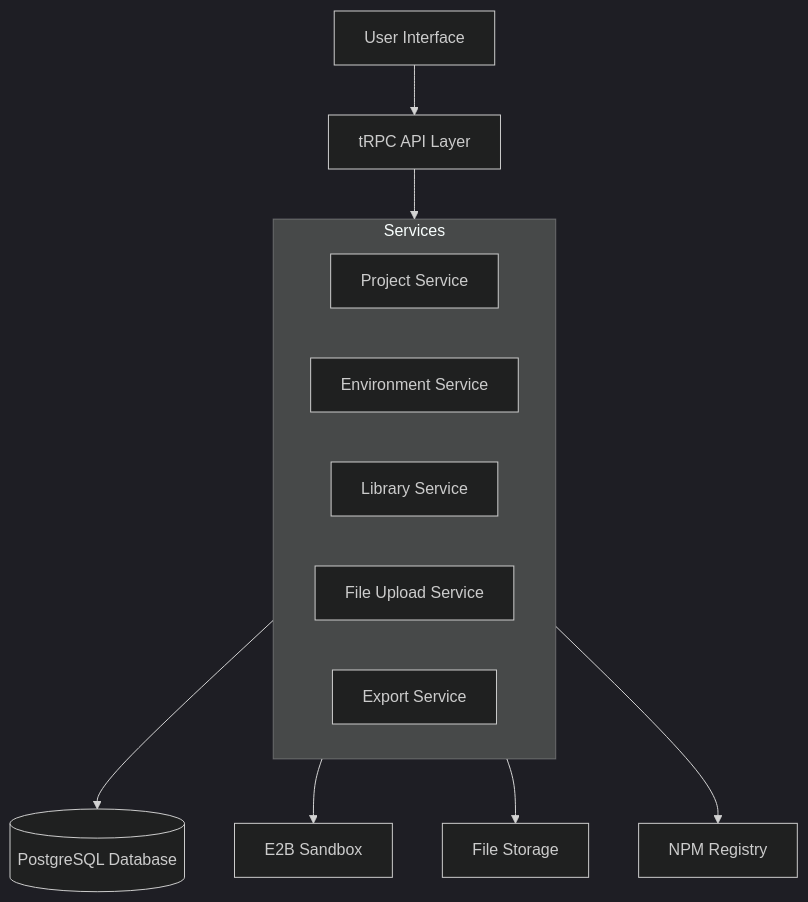
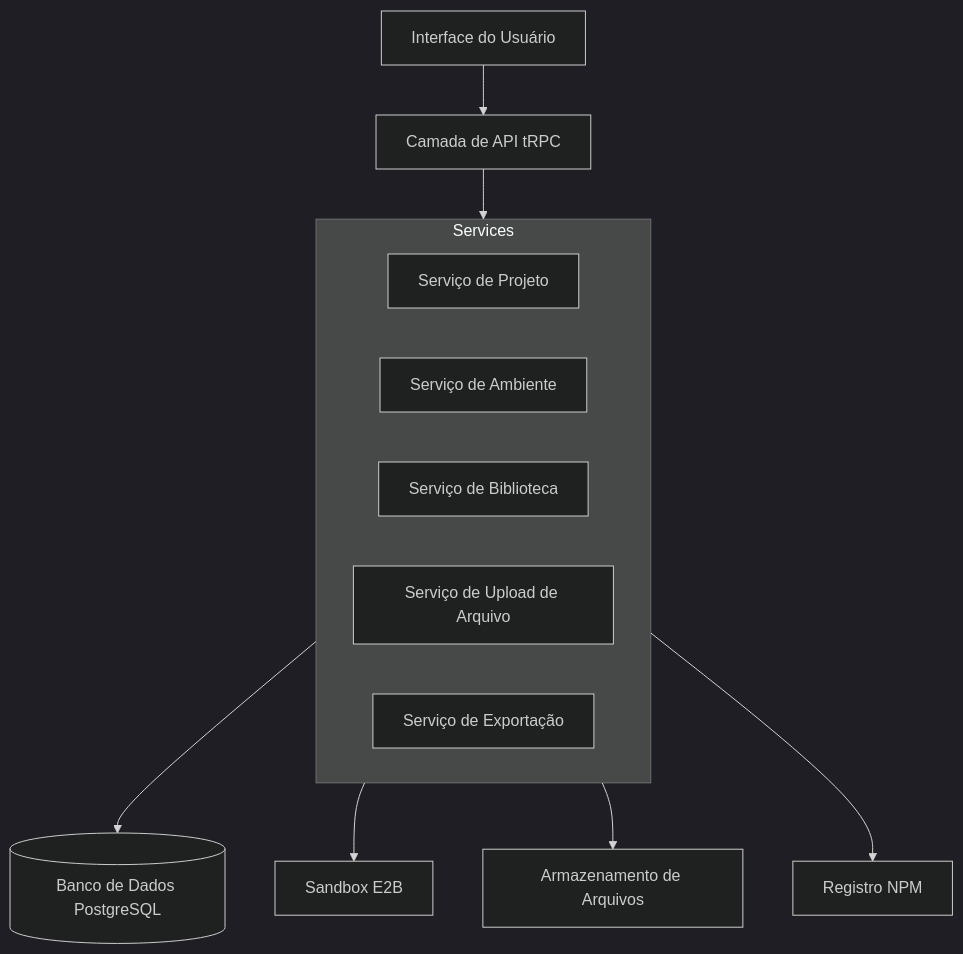
One commit to gumiranda/crazynator changed the diagram in specs/user-project-control/design.md. Above: the diagram before and after it, drawn with Mermaid (dark theme). The commit also changed other lines of this file and 9 other files, not shown here.

````diff
--- a/specs/user-project-control/design.md
+++ b/specs/user-project-control/design.md
@@ -13,17 +13,17 @@
 ```mermaid
 graph TB
-    UI[User Interface] --> API[tRPC API Layer]
-    API --> Services[Business Logic Services]
-    Services --> DB[(PostgreSQL Database)]
-    Services --> Sandbox[E2B Sandbox]
-    Services --> Storage[File Storage]
-    Services --> NPM[NPM Registry]
+    UI[Interface do Usuário] --> API[Camada de API tRPC]
+    API --> Services[Serviços de Lógica de Negócios]
+    Services --> DB[(Banco de Dados PostgreSQL)]
+    Services --> Sandbox[Sandbox E2B]
+    Services --> Storage[Armazenamento de Arquivos]
+    Services --> NPM[Registro NPM]
 
     subgraph Services
-        ProjectService[Project Service]
-        EnvService[Environment Service]
-        LibraryService[Library Service]
-        FileService[File Upload Service]
-        ExportService[Export Service]
+        ProjectService[Serviço de Projeto]
+        EnvService[Serviço de Ambiente]
+        LibraryService[Serviço de Biblioteca]
+        FileService[Serviço de Upload de Arquivo]
+        ExportService[Serviço de Exportação]
     end
 ```
````
